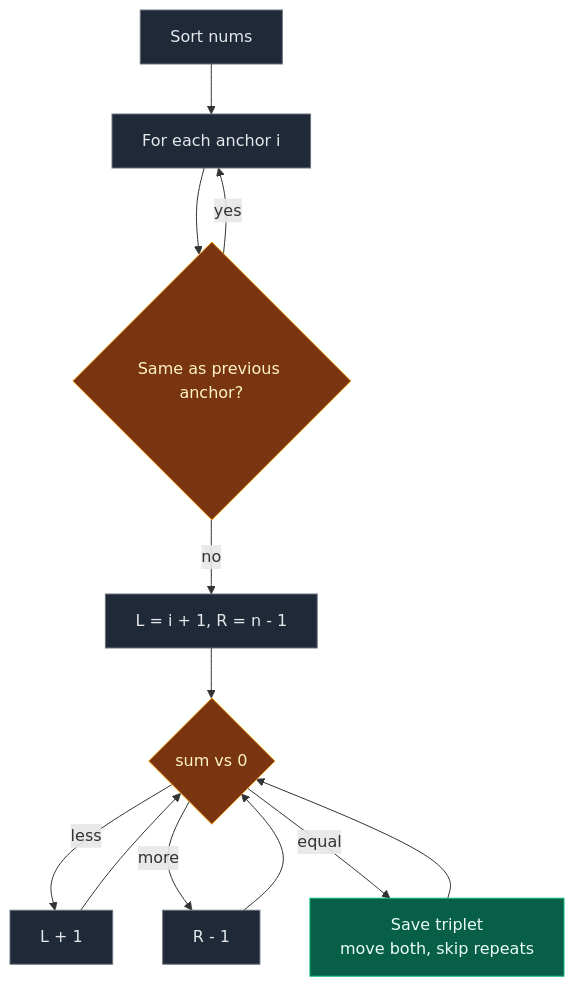
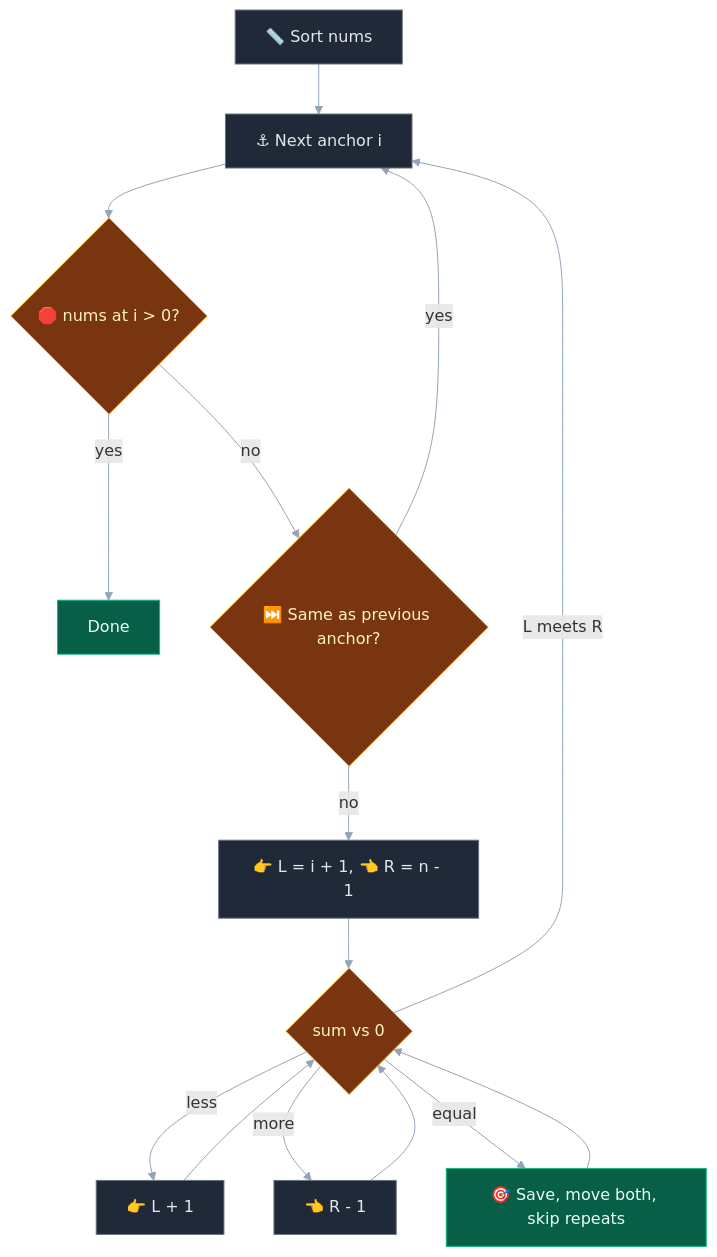
The fourth of 8 diagrams in 01. Array/06. Sorting + Two Pointers/02. 15. 3Sum.md (ajay-nikumbh/dsa-notes), drawn with Mermaid before and after one commit. The commit also changed other lines of this file and 1 other file, not shown here.

Commit message:
Array Sorting + Two Pointers 2: rewrite 3Sum with pictures, chart and animation

````diff
--- a/01. Array/06. Sorting + Two Pointers/02. 15. 3Sum.md
+++ b/01. Array/06. Sorting + Two Pointers/02. 15. 3Sum.md
@@ -69,18 +145,28 @@
 ```mermaid
+---
+config:
+  layout: dagre
+  flowchart:
+    curve: basis
+---
 flowchart TD
-    A["Sort nums"]:::a --> B["For each anchor i"]:::a
-    B --> C{"Same as previous anchor?"}:::c
+    A["📏 Sort nums"]:::a --> B["⚓ Next anchor i"]:::a
+    B --> S{"🛑 nums at i > 0?"}:::c
+    S -->|yes| Z["Done"]:::d
+    S -->|no| C{"⏭️ Same as previous anchor?"}:::c
     C -->|yes| B
-    C -->|no| D["L = i + 1, R = n - 1"]:::a
+    C -->|no| D["👉 L = i + 1, 👈 R = n - 1"]:::a
     D --> E{"sum vs 0"}:::c
-    E -->|less| F["L + 1"]:::a
-    E -->|more| G["R - 1"]:::a
-    E -->|equal| H["Save triplet<br/>move both, skip repeats"]:::d
+    E -->|less| F["👉 L + 1"]:::a
+    E -->|more| G["👈 R - 1"]:::a
+    E -->|equal| H["🎯 Save, move both, skip repeats"]:::d
     F --> E
     G --> E
     H --> E
+    E -->|L meets R| B
 
     classDef a fill:#1f2937,stroke:#6b7280,color:#e5e7eb
     classDef c fill:#78350f,stroke:#f59e0b,color:#fef3c7
     classDef d fill:#065f46,stroke:#10b981,color:#ecfdf5
+    linkStyle default stroke:#94a3b8
 ```
````
